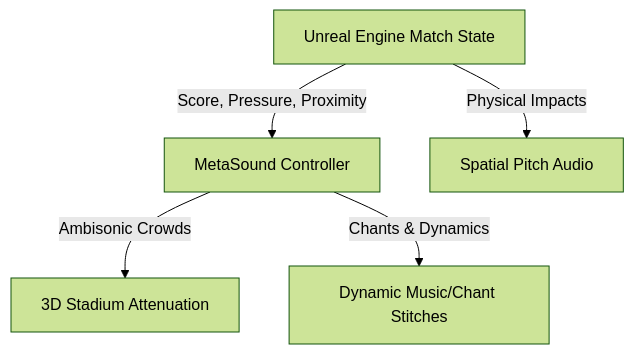
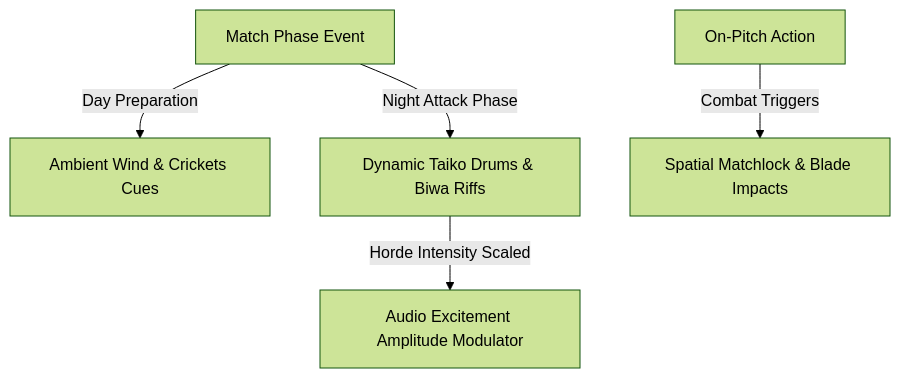
One commit to Hyperion-Corporation/Project-Mobile-Fortress changed the diagram in design/audio_design_document.md. Above: the diagram before and after it, drawn with Mermaid (forest theme). The commit also changed other lines of this file and 9 other files, not shown here.

````diff
--- a/design/audio_design_document.md
+++ b/design/audio_design_document.md
@@ -10,7 +10,7 @@
 ```mermaid
 graph TD
-    A[Unreal Engine Match State] -->|Score, Pressure, Proximity| B[MetaSound Controller]
-    B -->|Ambisonic Crowds| C[3D Stadium Attenuation]
-    B -->|Chants & Dynamics| D[Dynamic Music/Chant Stitches]
-    A -->|Physical Impacts| E[Spatial Pitch Audio]
+    A[Match Phase Event] -->|Day Preparation| B[Ambient Wind & Crickets Cues]
+    A -->|Night Attack Phase| C[Dynamic Taiko Drums & Biwa Riffs]
+    C -->|Horde Intensity Scaled| D[Audio Excitement Amplitude Modulator]
+    E[On-Pitch Action] -->|Combat Triggers| F[Spatial Matchlock & Blade Impacts]
 ```
````
